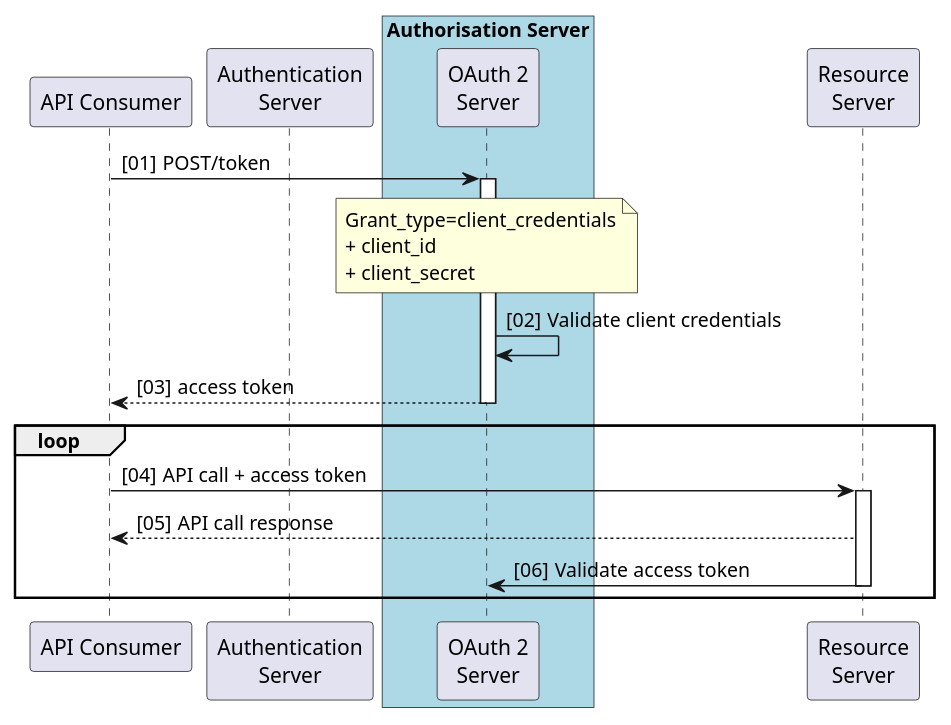
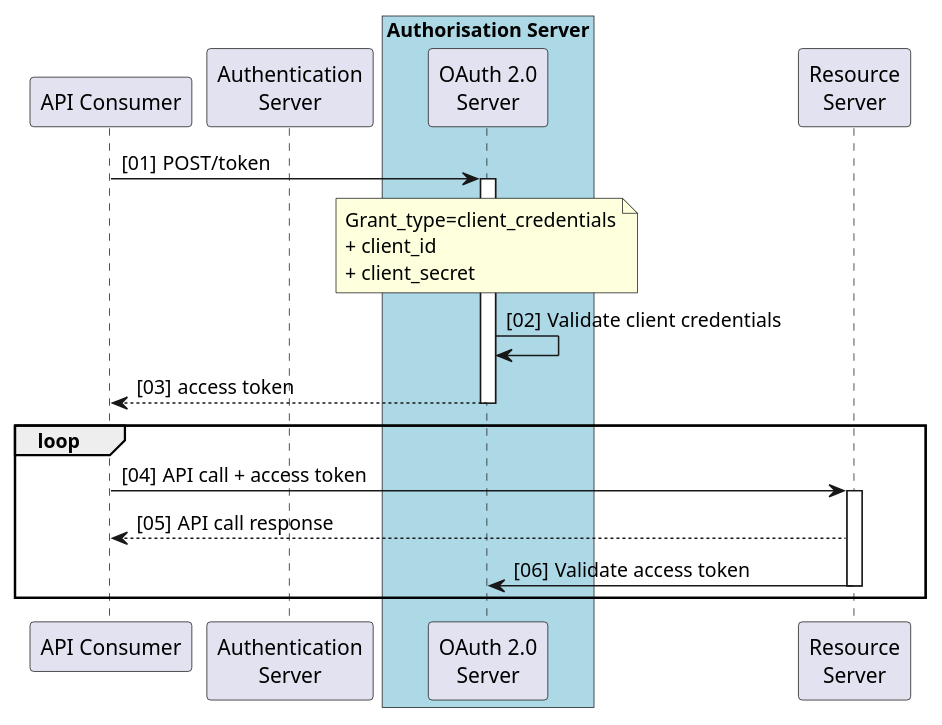
The second of 3 diagrams in docs/api-security/08-SecuringAPIswithOAuth2andOpenIDConnect.md (tewhatuora/api-standards), drawn with PlantUML before and after one commit. The commit also changed other lines of this file and 11 other files, not shown here.

````diff
--- a/docs/api-security/08-SecuringAPIswithOAuth2andOpenIDConnect.md
+++ b/docs/api-security/08-SecuringAPIswithOAuth2andOpenIDConnect.md
@@ -464,32 +464,32 @@
 ```plantuml
 @startuml
 
 skinparam actorStyle awesome
 participant "API Consumer" as CL
 participant "Authentication\nServer" as AnS
 box "Authorisation Server" #LightBlue
-participant "OAuth 2\nServer" as AzS
+participant "OAuth 2.0\nServer" as AzS
 end box
 participant "Resource\nServer" as RS
 
 autonumber "[00]"
 CL -> AzS: POST/token
 activate AzS
 note over AzS
  Grant_type=client_credentials
  + client_id
  + client_secret
 end note
 AzS -> AzS: Validate client credentials 
 AzS --> CL: access token
 Deactivate AzS
 loop
   CL -> RS: API call + access token
   activate RS
   RS --> CL: API call response
   RS -> AzS: Validate access token
   deactivate RS
 end
 
 @enduml
 ```
````
